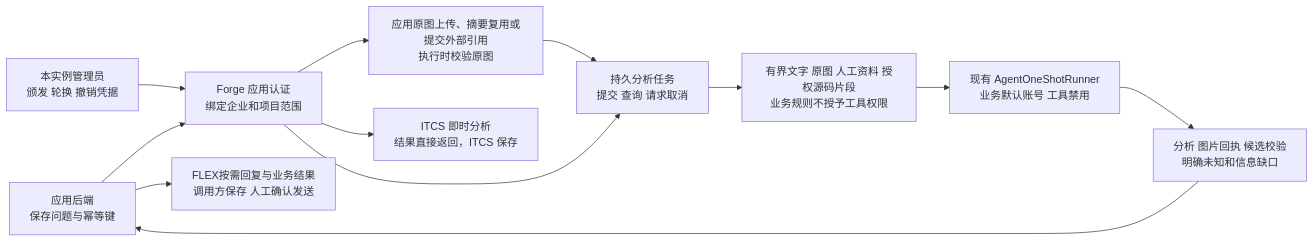
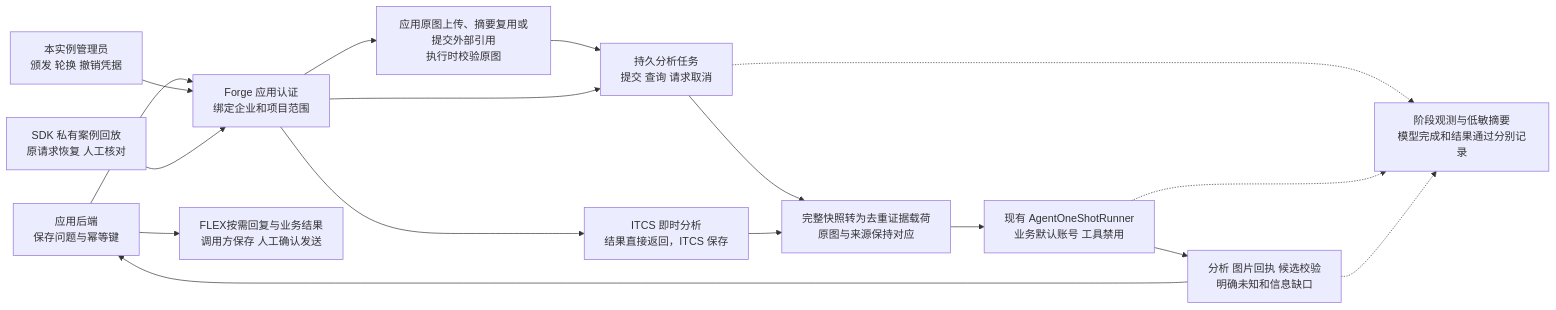
One commit to exception-coder/kai-toolbox changed diagram 53 of 54 in docs/ai-coding-architecture.md. Above: the diagram before and after it, drawn with Mermaid. The commit also changed other lines of this file and 12 other files, not shown here.

````diff
--- a/docs/ai-coding-architecture.md
+++ b/docs/ai-coding-architecture.md
@@ -1312,14 +1312,19 @@
 ```mermaid
 flowchart LR
     APP["应用后端<br/>保存问题与幂等键"] --> AUTH["Forge 应用认证<br/>绑定企业和项目范围"]
     ADMIN["本实例管理员<br/>颁发 轮换 撤销凭据"] --> AUTH
     AUTH --> IMAGE["应用原图上传、摘要复用或提交外部引用<br/>执行时校验原图"]
     AUTH --> DIRECT["ITCS 即时分析<br/>结果直接返回，ITCS 保存"]
     IMAGE --> TASK["持久分析任务<br/>提交 查询 请求取消"]
     AUTH --> TASK
-    TASK --> DATA["有界文字 原图 人工资料 授权源码片段<br/>业务规则不授予工具权限"]
+    TASK --> DATA["完整快照转为去重证据载荷<br/>原图与来源保持对应"]
+    DIRECT --> DATA
     DATA --> AGENT["现有 AgentOneShotRunner<br/>业务默认账号 工具禁用"]
     AGENT --> CHECK["分析 图片回执 候选校验<br/>明确未知和信息缺口"]
     CHECK --> APP
     APP --> HUMAN["FLEX按需回复与业务结果<br/>调用方保存 人工确认发送"]
+    REPLAY["SDK 私有案例回放<br/>原请求恢复 人工核对"] --> AUTH
+    TASK -.-> OBS["阶段观测与低敏摘要<br/>模型完成和结果通过分别记录"]
+    AGENT -.-> OBS
+    CHECK -.-> OBS
 ```
````
